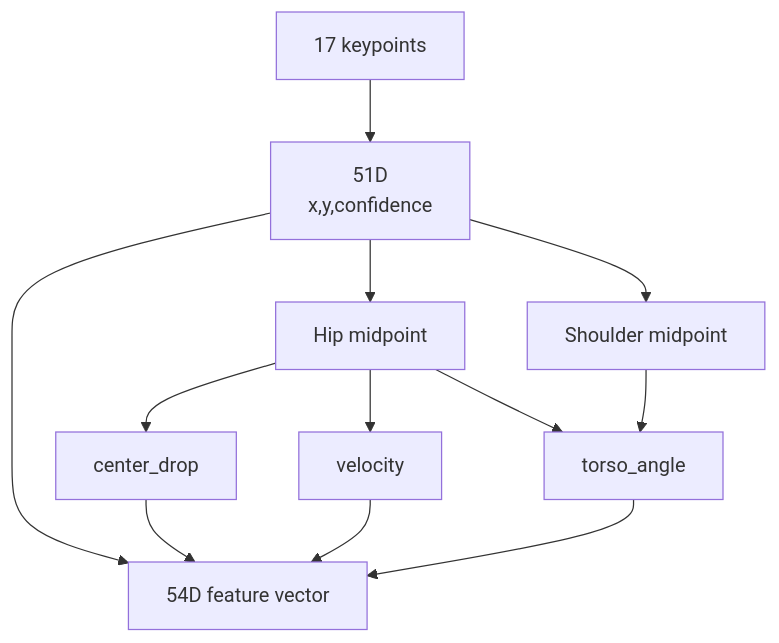
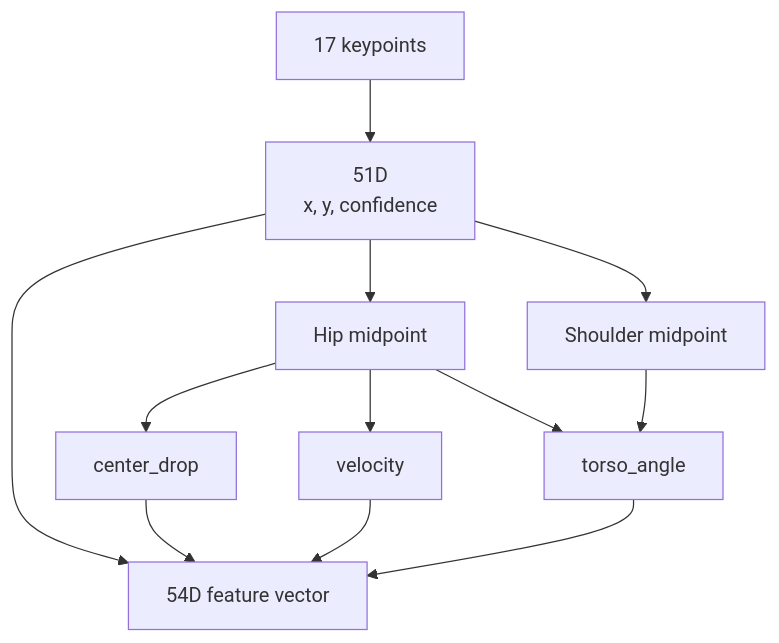
One commit to Anjingyeong/llm_wiki_strange changed the diagram in content/Feature-Vector-51D-vs-54D.md. Above: the diagram before and after it, drawn with Mermaid. The commit also changed other lines of this file and 35 other files, not shown here.

Commit message:
feat: fix mermaid rendering and complete RAG portfolio with MaeumIeum excluded

````diff
--- a/content/Feature-Vector-51D-vs-54D.md
+++ b/content/Feature-Vector-51D-vs-54D.md
@@ -86,23 +86,23 @@
 ```mermaid
 flowchart TD
-  KP[17 keypoints]
-  Base[51D<br/>x,y,confidence]
-  Hip[Hip midpoint]
-  Shoulder[Shoulder midpoint]
-  Drop[center_drop]
-  Velocity[velocity]
-  Angle[torso_angle]
-  Final[54D feature vector]
+  KP["17 keypoints"]
+  Base["51D<br/>x, y, confidence"]
+  Hip["Hip midpoint"]
+  Shoulder["Shoulder midpoint"]
+  Drop["center_drop"]
+  Velocity["velocity"]
+  Angle["torso_angle"]
+  Final["54D feature vector"]
 
   KP --> Base
   Base --> Hip
   Base --> Shoulder
   Hip --> Drop
   Hip --> Velocity
   Hip --> Angle
   Shoulder --> Angle
   Base --> Final
   Drop --> Final
   Velocity --> Final
   Angle --> Final
 ```
````
